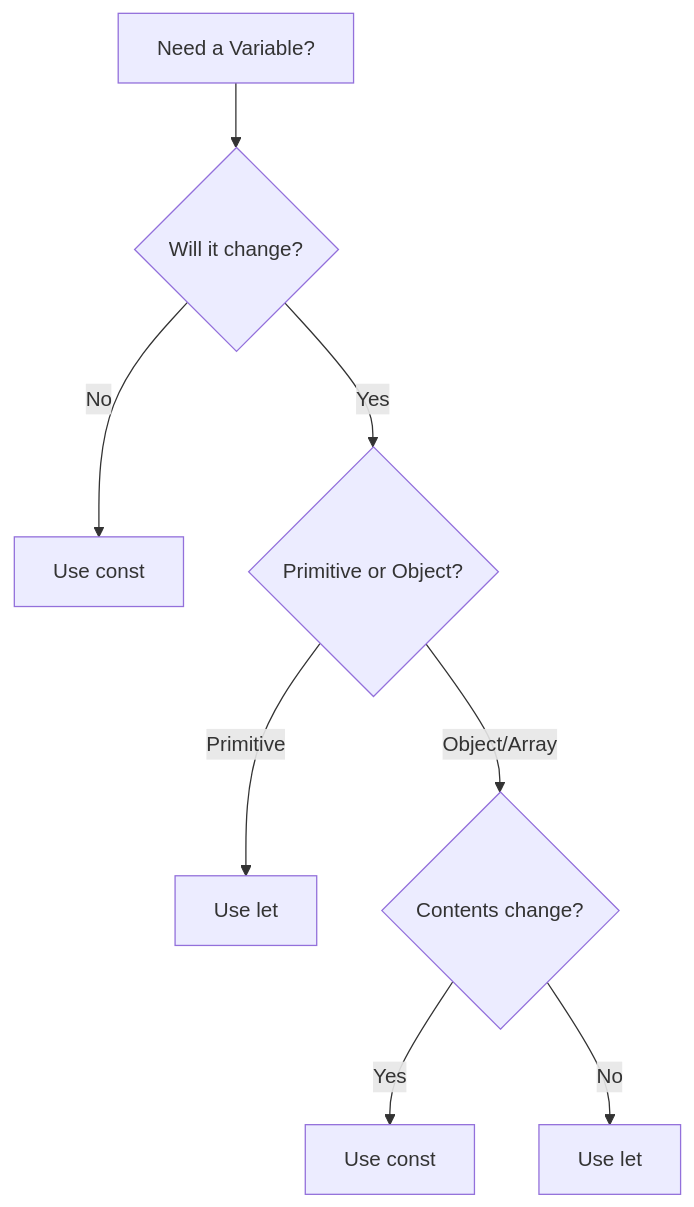
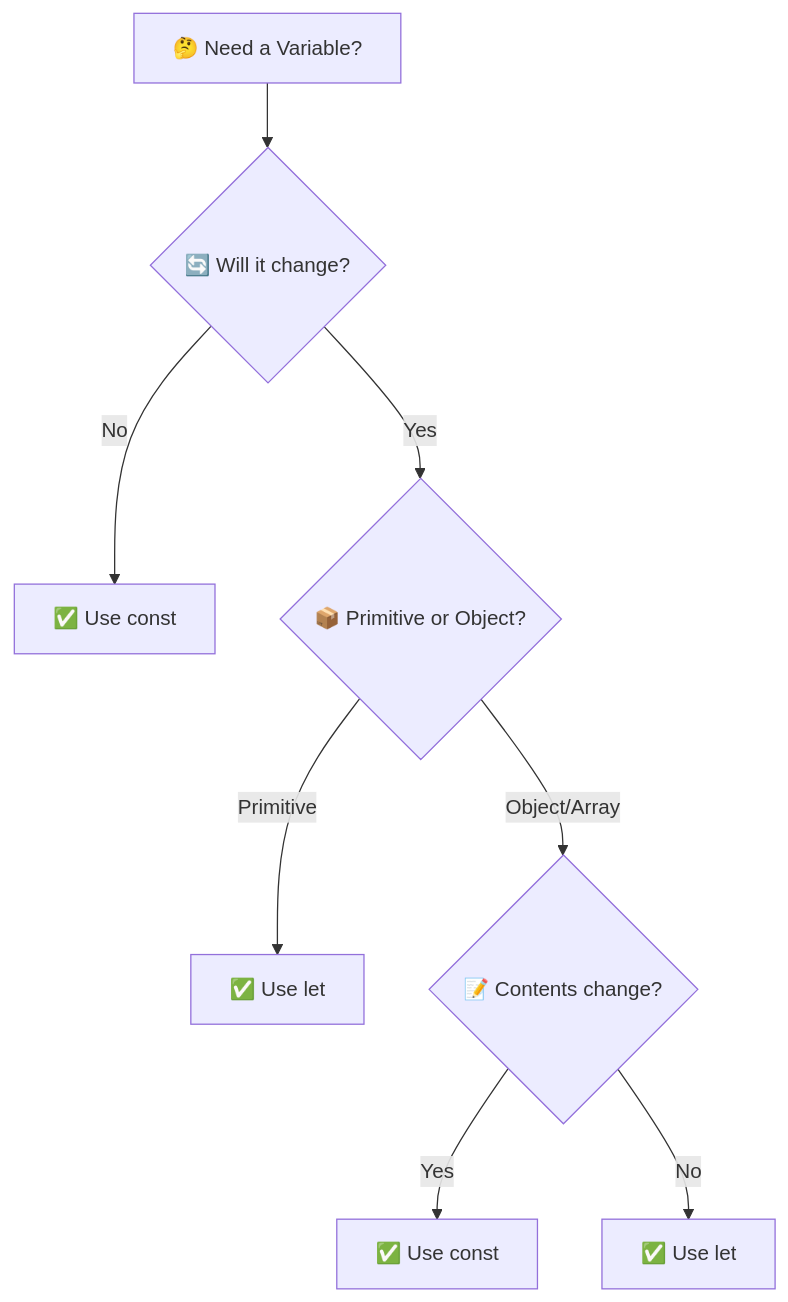
Before and after one commit to Santoshpatel112/JAVASCRIPT-P1: the third of 7 diagrams in ReadMe.md, drawn with Mermaid. The commit also changed other lines of this file, not shown here.

````diff
--- a/ReadMe.md
+++ b/ReadMe.md
@@ -110,10 +122,10 @@
 ```mermaid
 graph TD
-    A[Need a Variable?] --> B{Will it change?}
-    B -->|No| C[Use const]
-    B -->|Yes| D{Primitive or Object?}
-    D -->|Primitive| E[Use let]
-    D -->|Object/Array| F{Contents change?}
-    F -->|Yes| G[Use const]
-    F -->|No| H[Use let]
+    A[🤔 Need a Variable?] --> B{🔄 Will it change?}
+    B -->|No| C[✅ Use const]
+    B -->|Yes| D{📦 Primitive or Object?}
+    D -->|Primitive| E[✅ Use let]
+    D -->|Object/Array| F{📝 Contents change?}
+    F -->|Yes| G[✅ Use const]
+    F -->|No| H[✅ Use let]
 ```
````
